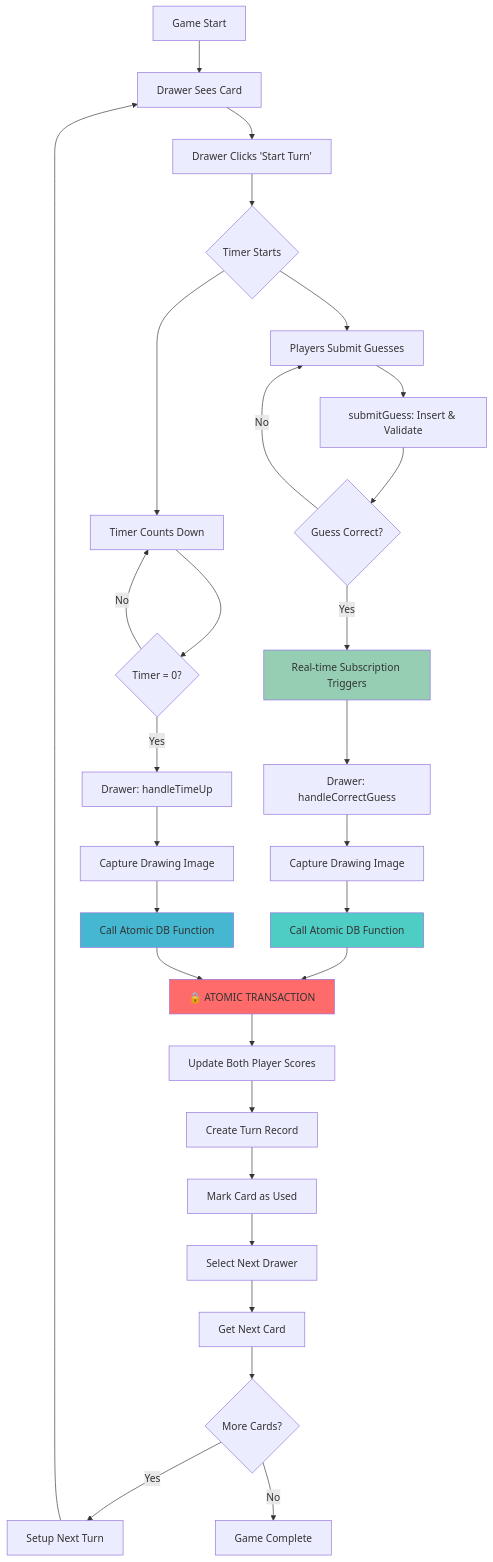
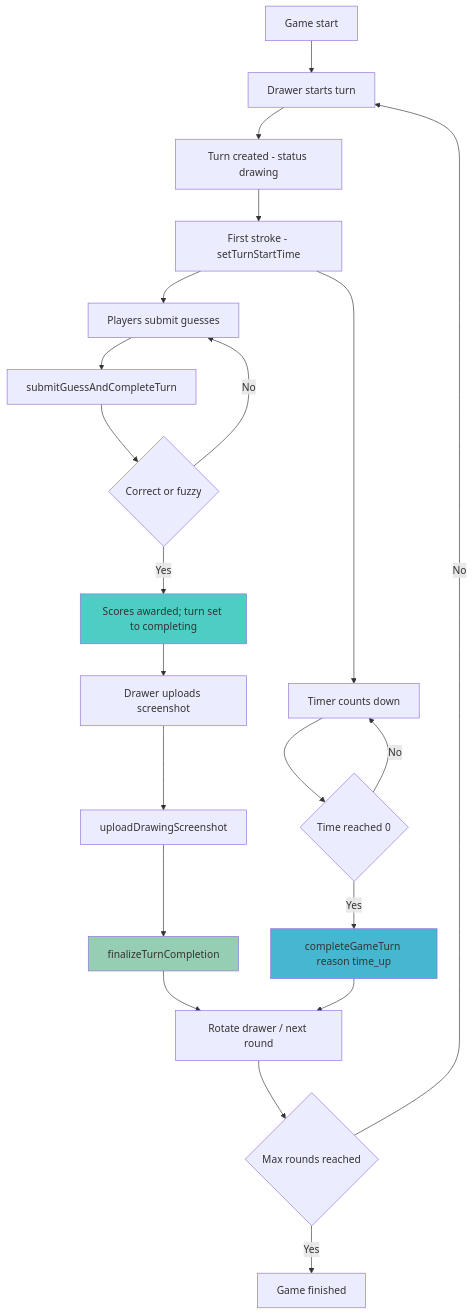
One commit to violabg/pictionary-game changed the diagram in TURN_MANAGEMENT_ANALYSIS.md. Above: the diagram before and after it, drawn with Mermaid. The commit also changed other lines of this file and 3 other files, not shown here.

````diff
--- a/TURN_MANAGEMENT_ANALYSIS.md
+++ b/TURN_MANAGEMENT_ANALYSIS.md
@@ -109,44 +58,31 @@
 ```mermaid
 graph TD
-    A[Game Start] --> B[Drawer Sees Card]
-    B --> C[Drawer Clicks 'Start Turn']
-    C --> D{Timer Starts}
+  A[Game start] --> B[Drawer starts turn]
+  B --> C[Turn created - status drawing]
+  C --> D[First stroke - setTurnStartTime]
+  D --> E[Players submit guesses]
+  D --> F[Timer counts down]
 
-    D --> E[Players Submit Guesses]
-    D --> F[Timer Counts Down]
+  E --> G[submitGuessAndCompleteTurn]
+  G --> H{Correct or fuzzy}
+  H -->|Yes| I[Scores awarded; turn set to completing]
+  H -->|No| E
 
-    E --> G[submitGuess: Insert & Validate]
-    G --> H{Guess Correct?}
-    H -->|Yes| I[Real-time Subscription Triggers]
-    H -->|No| E
+  I --> J[Drawer uploads screenshot]
+  J --> K[uploadDrawingScreenshot]
+  K --> L[finalizeTurnCompletion]
 
-    I --> J[Drawer: handleCorrectGuess]
-    J --> K[Capture Drawing Image]
-    K --> L[Call Atomic DB Function]
+  F --> M{Time reached 0}
+  M -->|Yes| N[completeGameTurn reason time_up]
+  M -->|No| F
 
-    F --> M{Timer = 0?}
-    M -->|Yes| N[Drawer: handleTimeUp]
-    M -->|No| F
+  L --> O[Rotate drawer / next round]
+  N --> O
+  O --> P{Max rounds reached}
+  P -->|No| B
+  P -->|Yes| Q[Game finished]
 
-    N --> O[Capture Drawing Image]
-    O --> P[Call Atomic DB Function]
-
-    L --> Q[🔒 ATOMIC TRANSACTION]
-    P --> Q
-
-    Q --> R[Update Both Player Scores]
-    R --> S[Create Turn Record]
-    S --> T[Mark Card as Used]
-    T --> U[Select Next Drawer]
-    U --> V[Get Next Card]
-    V --> W{More Cards?}
-    W -->|Yes| X[Setup Next Turn]
-    W -->|No| Y[Game Complete]
-
-    X --> B
-
-    style Q fill:#FF6B6B
-    style L fill:#4ECDC4
-    style P fill:#45B7D1
-    style I fill:#96CEB4
+  style I fill:#4ECDC4
+  style L fill:#96CEB4
+  style N fill:#45B7D1
 ```
````
